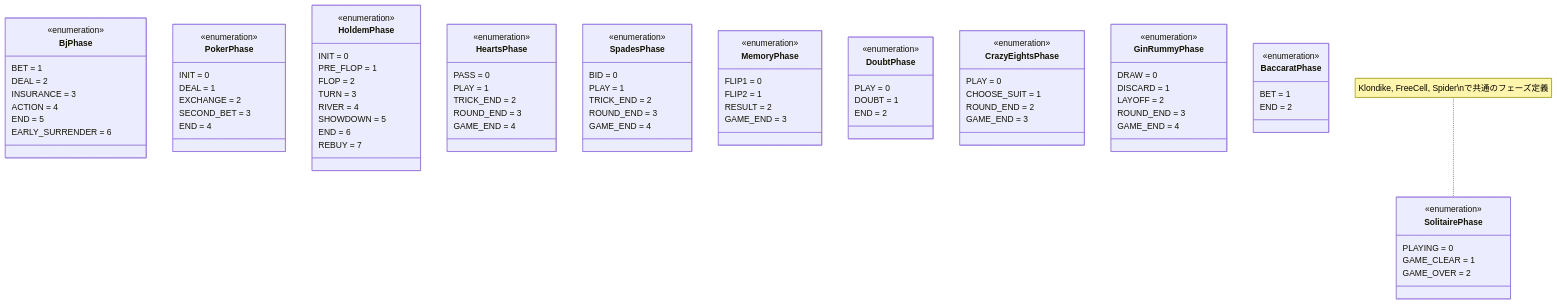
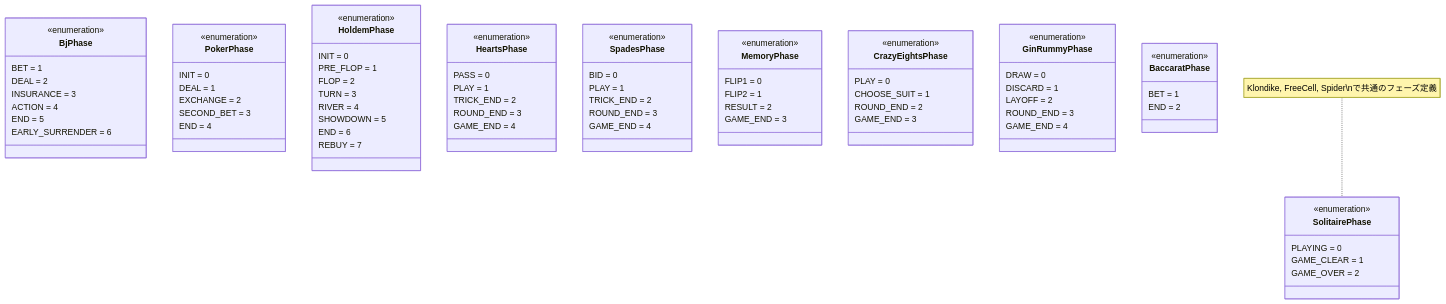
The second of 16 diagrams in docs/design/frontend.md (yuta-yoshinaga/go_trumpcards), drawn with Mermaid before and after one commit. The commit also changed other lines of this file and 1 other file, not shown here.

First line of the commit message:
fix: address PR review feedback for UML design docs

```diff
--- a/docs/design/frontend.md
+++ b/docs/design/frontend.md
@@ -149,13 +157,6 @@
         GAME_OVER = 2
     }
 
-    class DoubtPhase {
-        <<enumeration>>
-        PLAY = 0
-        DOUBT = 1
-        END = 2
-    }
-
     class CrazyEightsPhase {
         <<enumeration>>
         PLAY = 0
```
